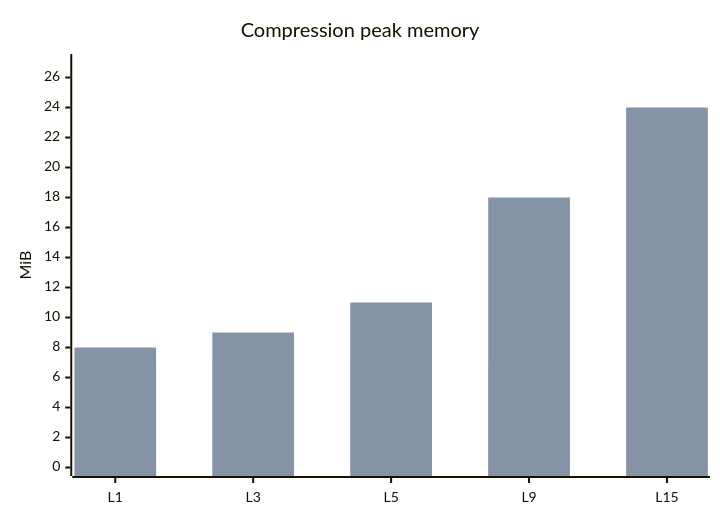
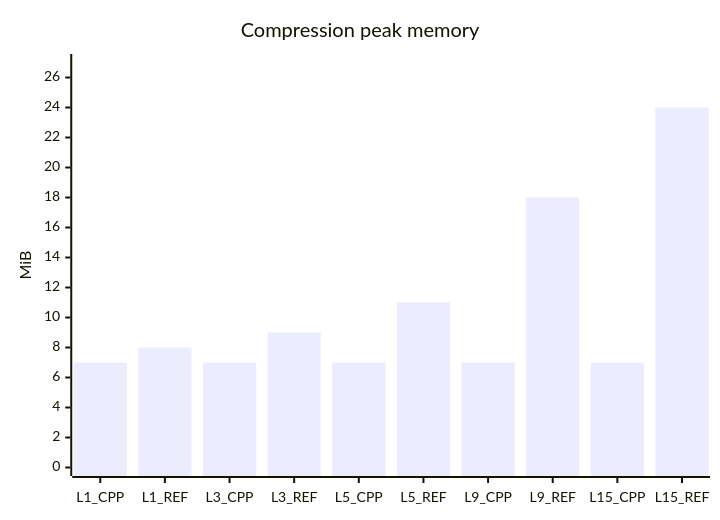
One commit to mheyman/zstdpp changed the third of 7 diagrams in README.md. Above: the diagram before and after it, drawn with Mermaid. The commit also changed other lines of this file and 1 other file, not shown here.

````diff
--- a/README.md
+++ b/README.md
@@ -135,8 +133,7 @@
 ```mermaid
 xychart-beta
     title "Compression peak memory"
-    x-axis [L1, L3, L5, L9, L15]
+    x-axis [L1_CPP, L1_REF, L3_CPP, L3_REF, L5_CPP, L5_REF, L9_CPP, L9_REF, L15_CPP, L15_REF]
     y-axis "MiB" 0 --> 27
-    bar [7, 7, 7, 7, 7]
-    bar [8, 9, 11, 18, 24]
+    bar [7, 8, 7, 9, 7, 11, 7, 18, 7, 24]
 ```
````
